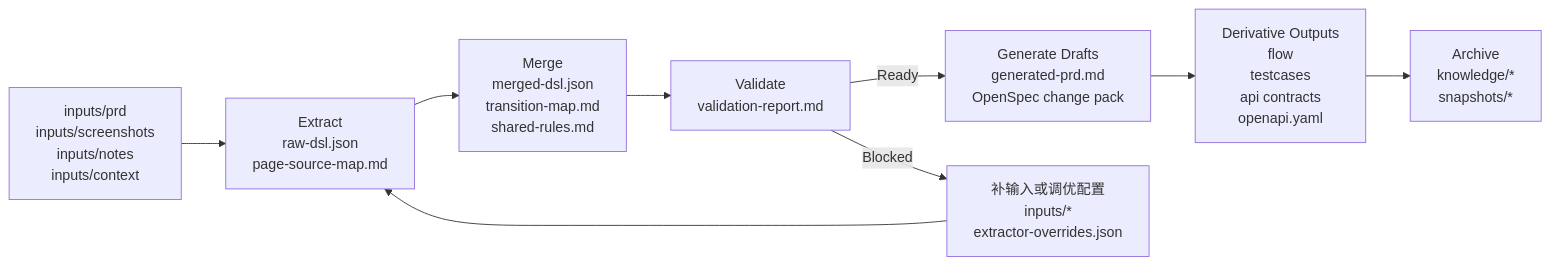
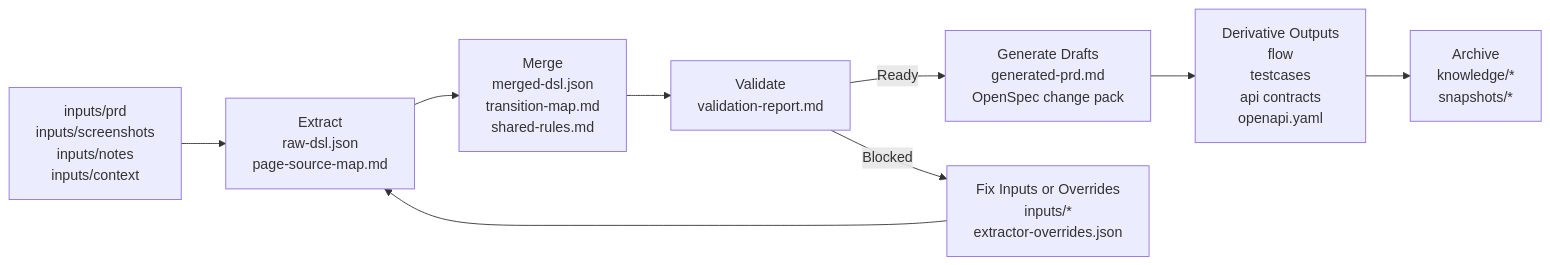
Before and after one commit to SYZ-Coder/prd-spec-workspace: the first of 2 diagrams in README_CN.md, drawn with Mermaid. The commit also changed other lines of this file and 13 other files, not shown here.

````diff
--- a/README_CN.md
+++ b/README_CN.md
@@ -54,11 +33,11 @@
 ```mermaid
 flowchart LR
     A["inputs/prd\ninputs/screenshots\ninputs/notes\ninputs/context"] --> B["Extract\nraw-dsl.json\npage-source-map.md"]
     B --> C["Merge\nmerged-dsl.json\ntransition-map.md\nshared-rules.md"]
     C --> D["Validate\nvalidation-report.md"]
     D -->|Ready| E["Generate Drafts\ngenerated-prd.md\nOpenSpec change pack"]
-    D -->|Blocked| H["补输入或调优配置\ninputs/*\nextractor-overrides.json"]
+    D -->|Blocked| H["Fix Inputs or Overrides\ninputs/*\nextractor-overrides.json"]
     H --> B
     E --> F["Derivative Outputs\nflow\ntestcases\napi contracts\nopenapi.yaml"]
     F --> G["Archive\nknowledge/*\nsnapshots/*"]
 ```
````
